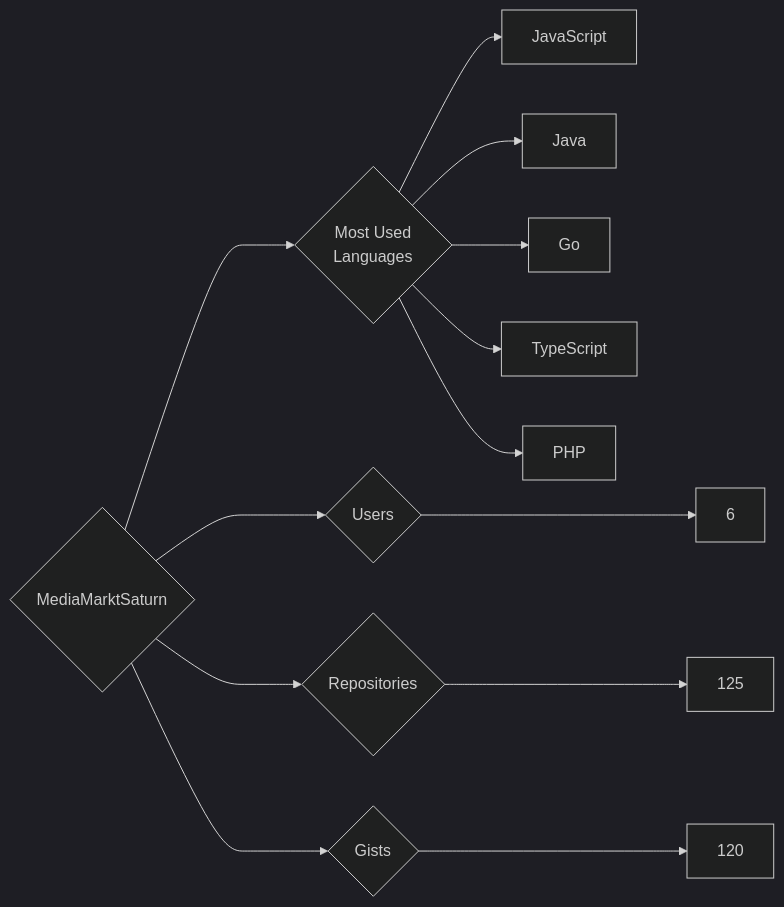
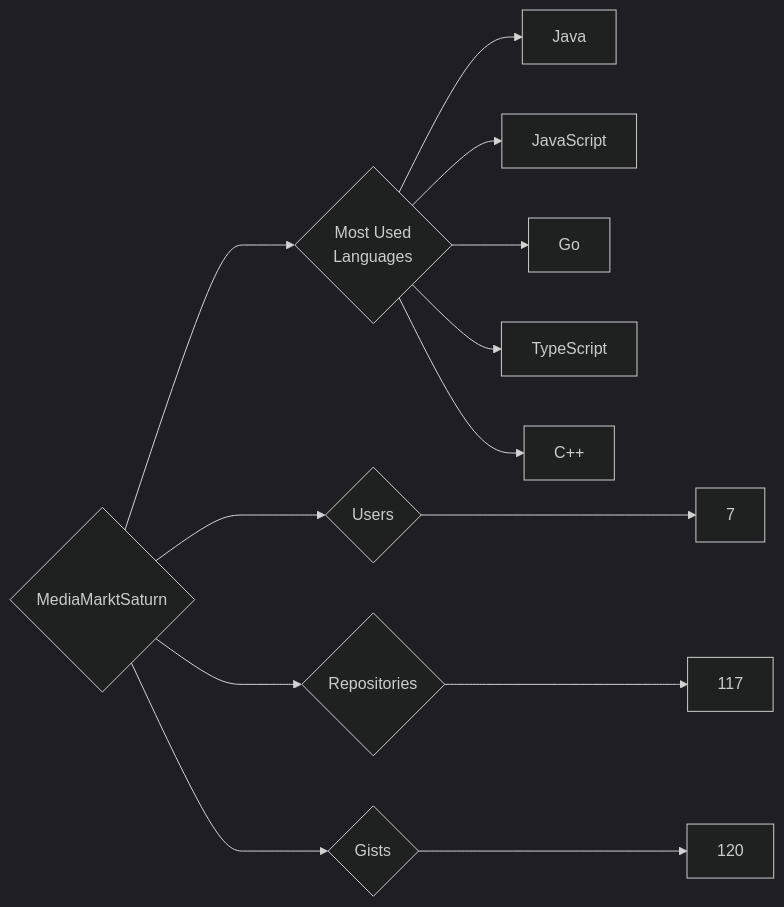
The diagram in targets/MediaMarktSaturn/README.md (trickest/insiders), drawn with Mermaid (dark theme) before and after one commit. The commit also changed 1479 other files, not shown here.

````diff
--- a/targets/MediaMarktSaturn/README.md
+++ b/targets/MediaMarktSaturn/README.md
@@ -3,13 +3,13 @@
 ```mermaid
 graph LR
 COMPANY_NAME{MediaMarktSaturn}
-COMPANY_NAME ---> U{Users} ---> UN[6]
-COMPANY_NAME ---> R{Repositories} ---> RN[125]
+COMPANY_NAME ---> U{Users} ---> UN[7]
+COMPANY_NAME ---> R{Repositories} ---> RN[117]
 COMPANY_NAME ---> G{Gists} ---> GN[120]
 COMPANY_NAME ---> ML{Most Used<br>Languages}
+ML --> Java[Java]
 ML --> JavaScript[JavaScript]
-ML --> Java[Java]
 ML --> Go[Go]
 ML --> TypeScript[TypeScript]
-ML --> PHP[PHP]
+ML --> C++[C++]
 ```
````
